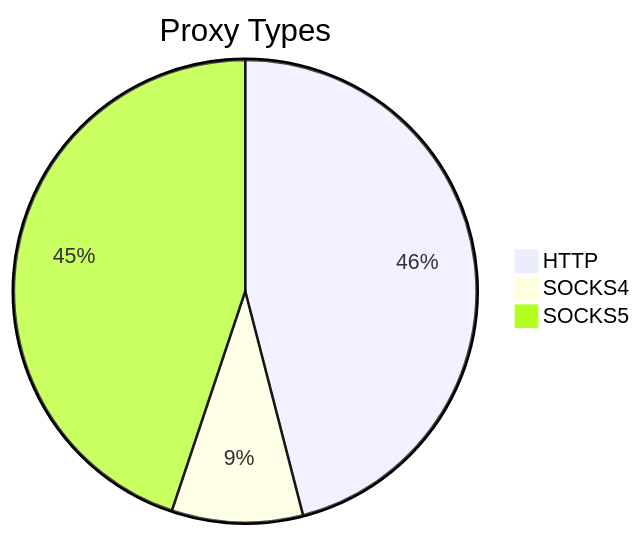
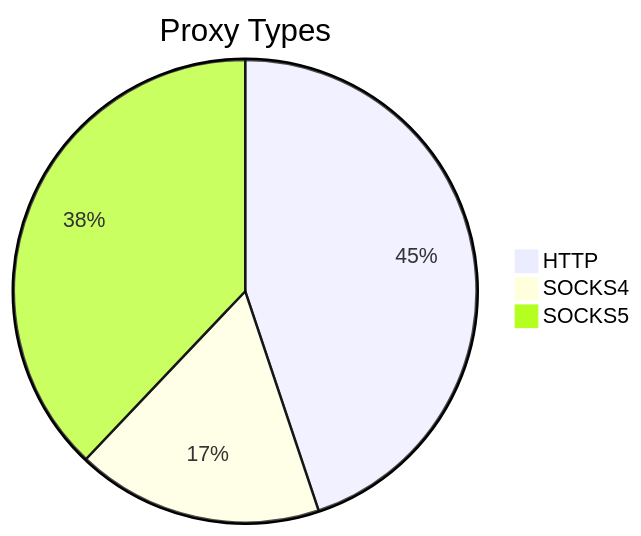
Before and after one commit to stormsia/proxy-list: the first of 2 diagrams in README.md, drawn with Mermaid. The commit also changed other lines of this file, not shown here.

````diff
--- a/README.md
+++ b/README.md
@@ -21,6 +21,6 @@
 ```mermaid
 pie title Proxy Types
-    "HTTP" : 246
-    "SOCKS4" : 49
-    "SOCKS5" : 240
+    "HTTP" : 323
+    "SOCKS4" : 124
+    "SOCKS5" : 273
 ```
````
